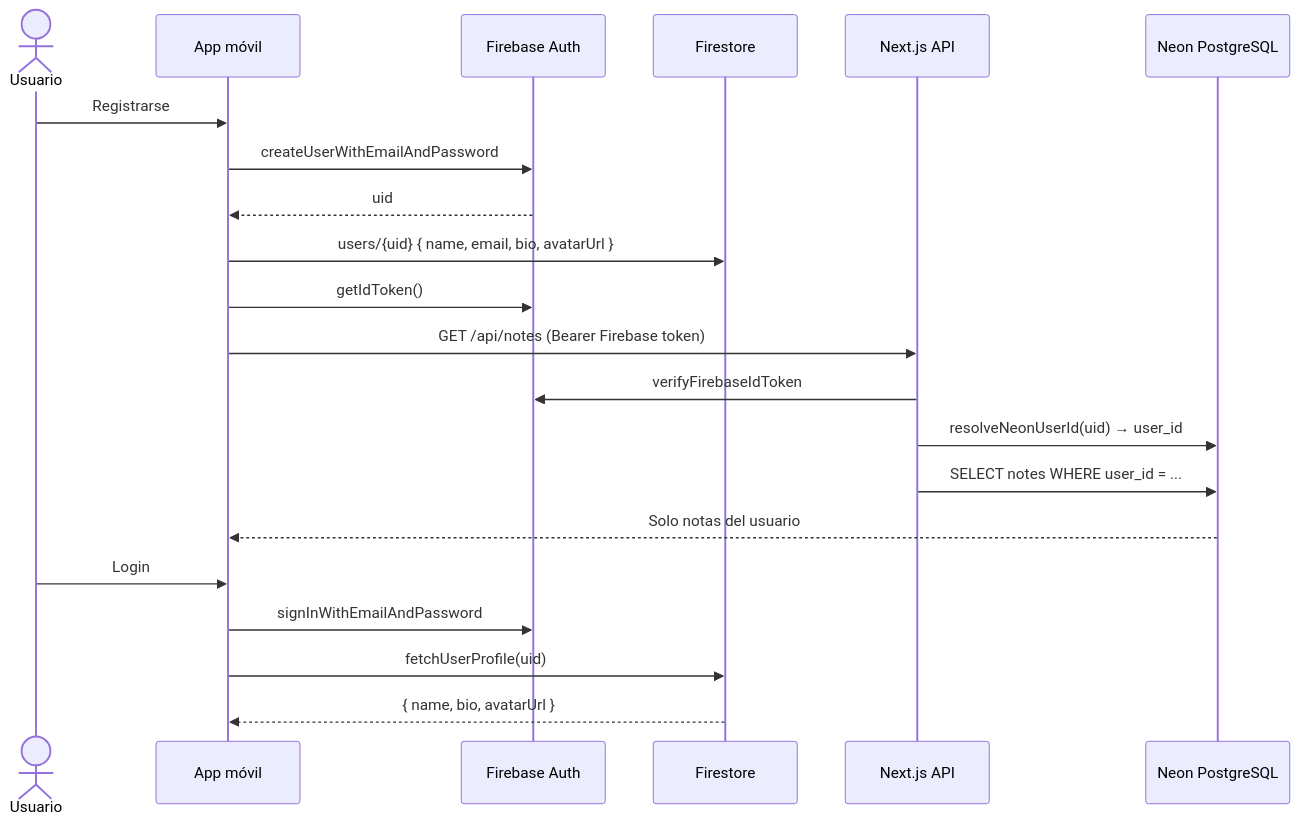
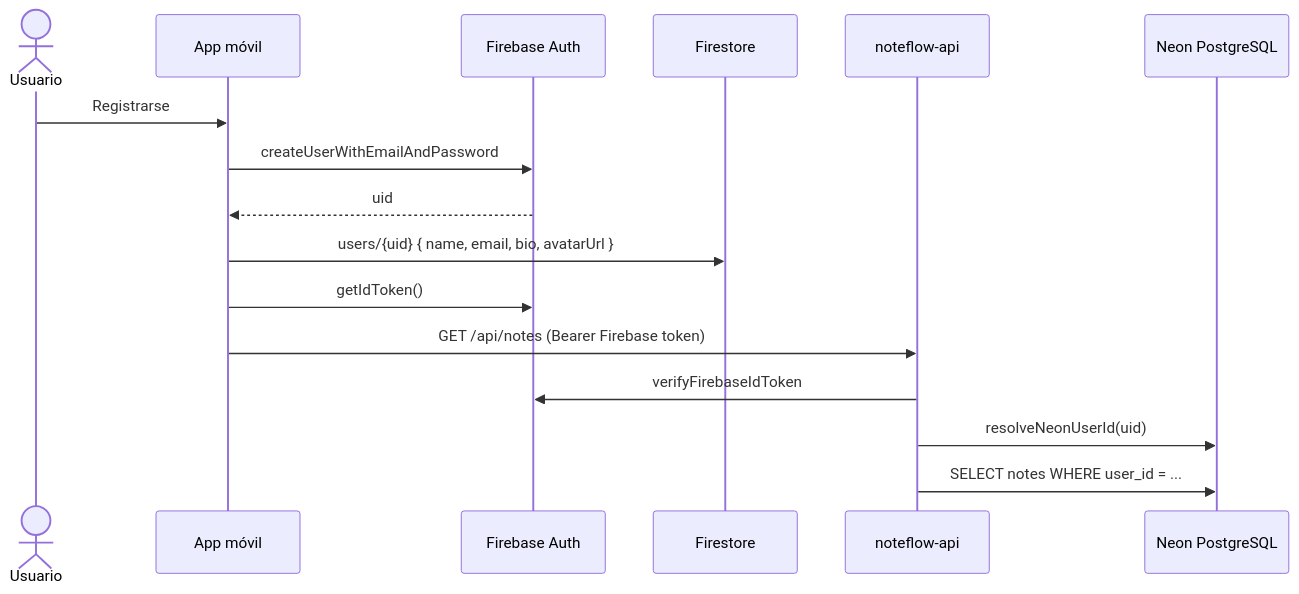
Before and after one commit to myblyo/noteflow2: the diagram in docs/autenticacion-movil-firebase.md, drawn with Mermaid. The commit also changed other lines of this file and 10 other files, not shown here.

````diff
--- a/docs/autenticacion-movil-firebase.md
+++ b/docs/autenticacion-movil-firebase.md
@@ -9,25 +11,19 @@
 ```mermaid
 sequenceDiagram
   actor U as Usuario
   participant App as App móvil
   participant Auth as Firebase Auth
   participant FS as Firestore
-  participant API as Next.js API
+  participant API as noteflow-api
   participant DB as Neon PostgreSQL
 
   U->>App: Registrarse
   App->>Auth: createUserWithEmailAndPassword
   Auth-->>App: uid
   App->>FS: users/{uid} { name, email, bio, avatarUrl }
   App->>Auth: getIdToken()
   App->>API: GET /api/notes (Bearer Firebase token)
   API->>Auth: verifyFirebaseIdToken
-  API->>DB: resolveNeonUserId(uid) → user_id
+  API->>DB: resolveNeonUserId(uid)
   API->>DB: SELECT notes WHERE user_id = ...
-  DB-->>App: Solo notas del usuario
-
-  U->>App: Login
-  App->>Auth: signInWithEmailAndPassword
-  App->>FS: fetchUserProfile(uid)
-  FS-->>App: { name, bio, avatarUrl }
 ```
````
